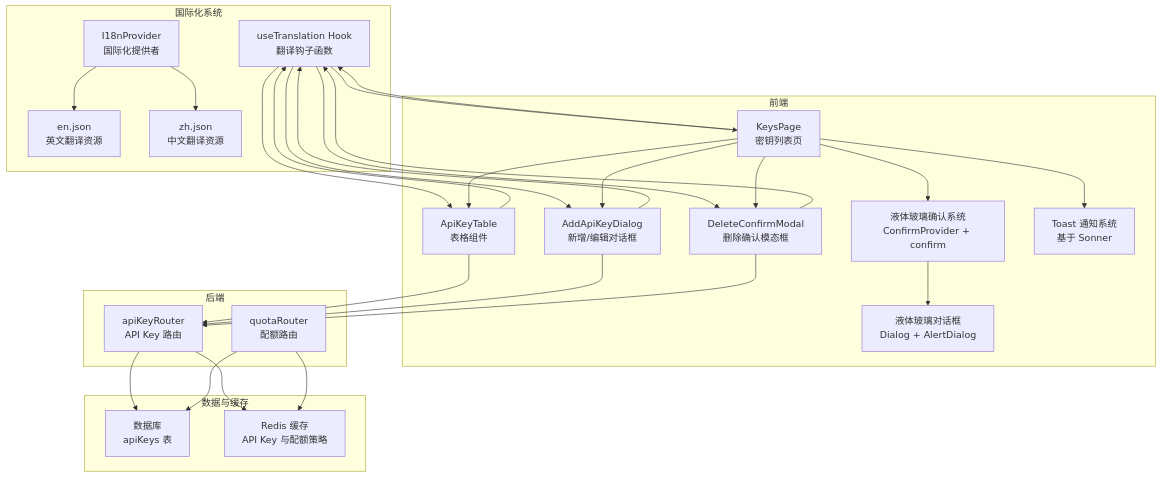
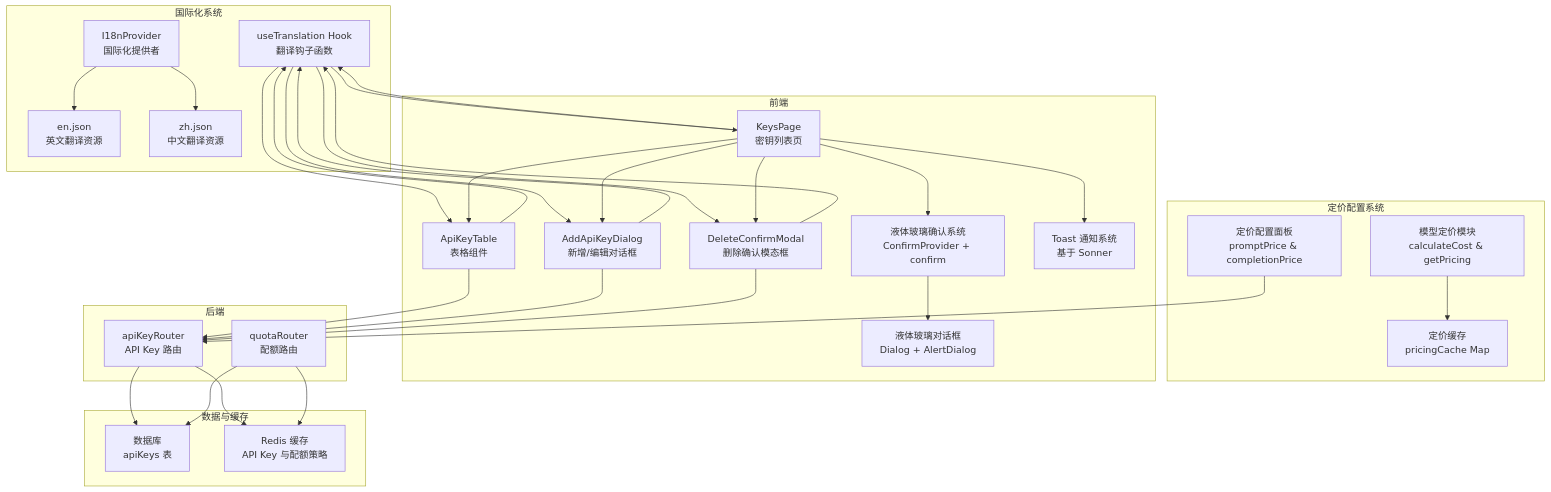
Before and after one commit to RadiumAg/AIGate: the first of 10 diagrams in .qoder/repowiki/zh/content/核心功能/API Key 管理.md, drawn with Mermaid. The commit also changed other lines of this file and 7 other files, not shown here.

````diff
--- a/.qoder/repowiki/zh/content/核心功能/API Key 管理.md
+++ b/.qoder/repowiki/zh/content/核心功能/API Key 管理.md
@@ -59,49 +61,56 @@
 ```mermaid
 graph TB
+subgraph "定价配置系统"
+PricingConfig["定价配置面板<br/>promptPrice & completionPrice"]
+ModelPricing["模型定价模块<br/>calculateCost & getPricing"]
+PricingCache["定价缓存<br/>pricingCache Map"]
+end
 subgraph "国际化系统"
 I18nProvider["I18nProvider<br/>国际化提供者"]
 MessagesEN["en.json<br/>英文翻译资源"]
 MessagesZH["zh.json<br/>中文翻译资源"]
 useTranslation["useTranslation Hook<br/>翻译钩子函数"]
 end
 subgraph "前端"
 KeysPage["KeysPage<br/>密钥列表页"]
 AddDialog["AddApiKeyDialog<br/>新增/编辑对话框"]
 ApiKeyTable["ApiKeyTable<br/>表格组件"]
 DeleteModal["DeleteConfirmModal<br/>删除确认模态框"]
 ConfirmSystem["液体玻璃确认系统<br/>ConfirmProvider + confirm"]
 ToastSystem["Toast 通知系统<br/>基于 Sonner"]
 LiquidGlassDialog["液体玻璃对话框<br/>Dialog + AlertDialog"]
 end
 subgraph "后端"
 TPRouter["apiKeyRouter<br/>API Key 路由"]
 QuotaRouter["quotaRouter<br/>配额路由"]
 end
 subgraph "数据与缓存"
 DB["数据库<br/>apiKeys 表"]
 Redis["Redis 缓存<br/>API Key 与配额策略"]
 end
 I18nProvider --> MessagesEN
 I18nProvider --> MessagesZH
 KeysPage --> useTranslation
 AddDialog --> useTranslation
 ApiKeyTable --> useTranslation
 DeleteModal --> useTranslation
 useTranslation --> KeysPage
 useTranslation --> AddDialog
 useTranslation --> ApiKeyTable
 useTranslation --> DeleteModal
 KeysPage --> ApiKeyTable
 KeysPage --> AddDialog
 KeysPage --> DeleteModal
 KeysPage --> ConfirmSystem
 KeysPage --> ToastSystem
 ApiKeyTable --> TPRouter
 AddDialog --> TPRouter
 DeleteModal --> TPRouter
 ConfirmSystem --> LiquidGlassDialog
 TPRouter --> DB
 TPRouter --> Redis
 QuotaRouter --> Redis
 QuotaRouter --> DB
+PricingConfig --> TPRouter
+ModelPricing --> PricingCache
 ```
````
